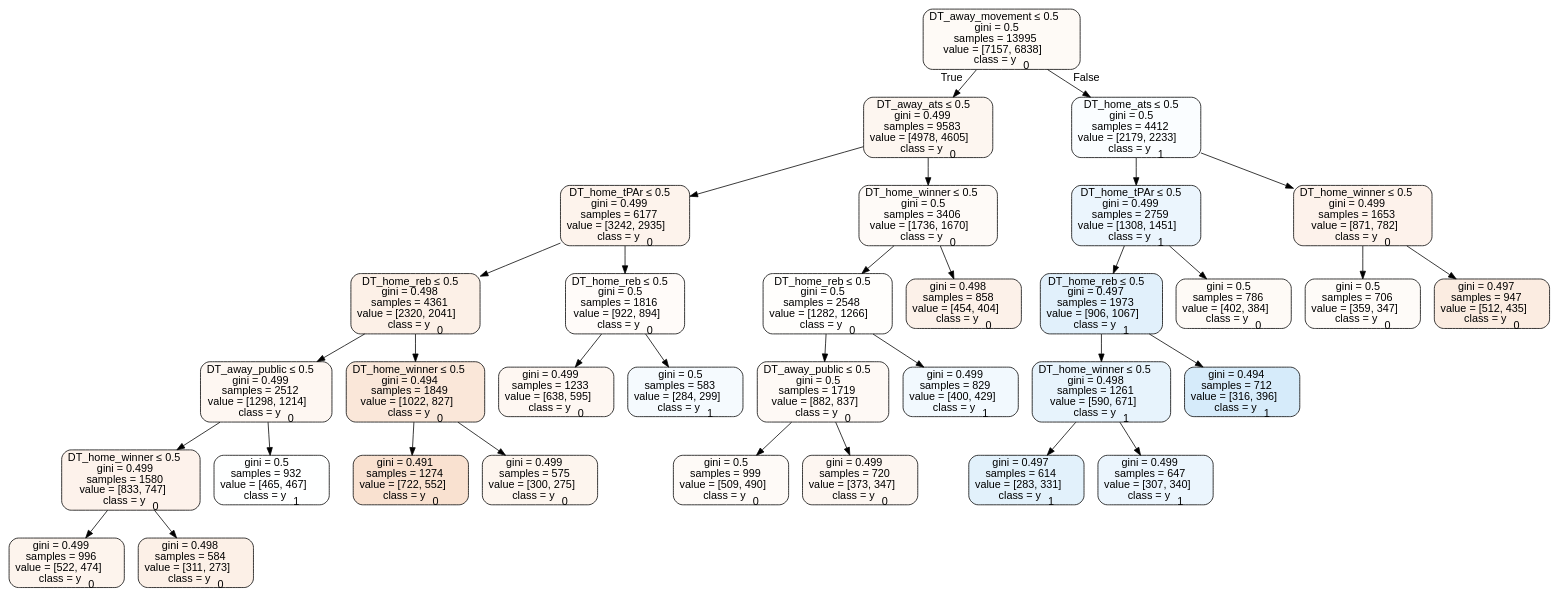
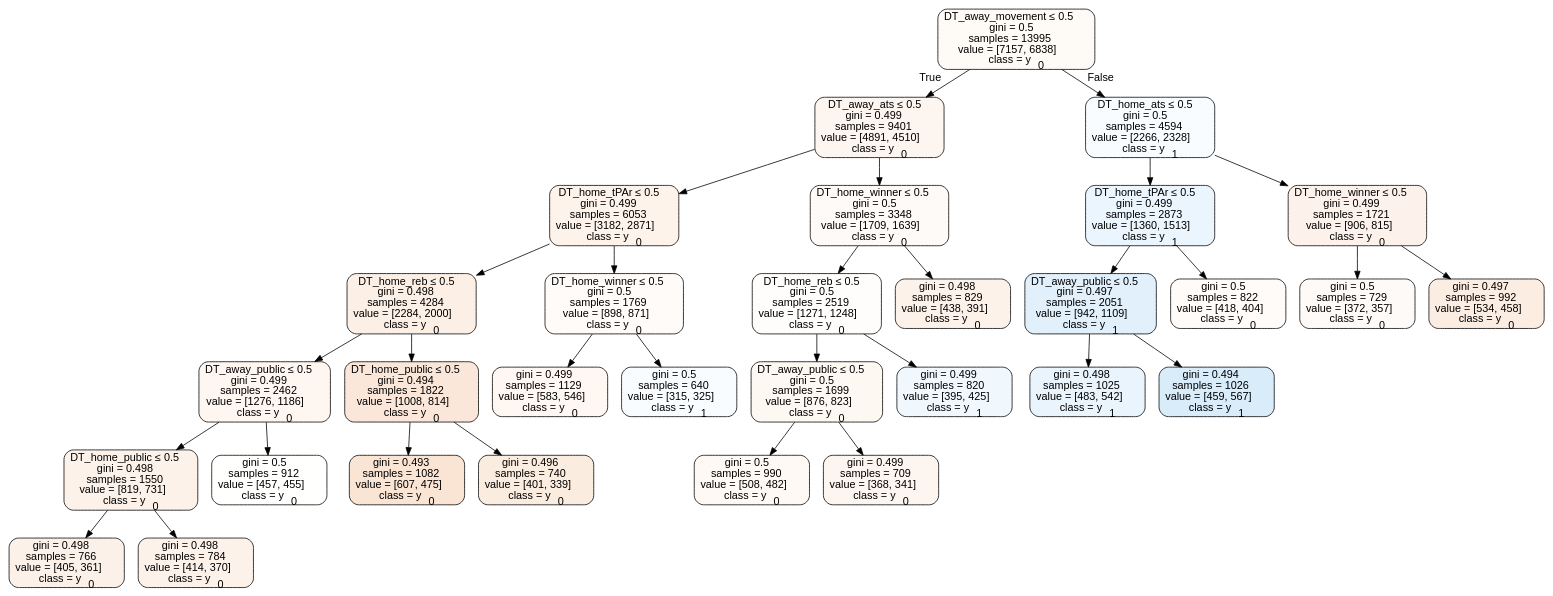
Before and after one commit to usbogie/ncaa-bets: the diagram in Basketball/data/trees/tree2016home.dot, drawn with Graphviz. The commit also changed 23 other files, not shown here.

```diff
--- a/Basketball/data/trees/tree2016home.dot
+++ b/Basketball/data/trees/tree2016home.dot
@@ -1,69 +1,65 @@
 digraph Tree {
 node [shape=box, style="filled, rounded", color="black", fontname=helvetica] ;
 edge [fontname=helvetica] ;
 0 [label=<DT_away_movement &le; 0.5<br/>gini = 0.5<br/>samples = 13995<br/>value = [7157, 6838]<br/>class = y<SUB>0</SUB>>, fillcolor="#e581390b"] ;
-1 [label=<DT_away_ats &le; 0.5<br/>gini = 0.499<br/>samples = 9583<br/>value = [4978, 4605]<br/>class = y<SUB>0</SUB>>, fillcolor="#e5813913"] ;
+1 [label=<DT_away_ats &le; 0.5<br/>gini = 0.499<br/>samples = 9401<br/>value = [4891, 4510]<br/>class = y<SUB>0</SUB>>, fillcolor="#e5813914"] ;
 0 -> 1 [labeldistance=2.5, labelangle=45, headlabel="True"] ;
-2 [label=<DT_home_tPAr &le; 0.5<br/>gini = 0.499<br/>samples = 6177<br/>value = [3242, 2935]<br/>class = y<SUB>0</SUB>>, fillcolor="#e5813918"] ;
+2 [label=<DT_home_tPAr &le; 0.5<br/>gini = 0.499<br/>samples = 6053<br/>value = [3182, 2871]<br/>class = y<SUB>0</SUB>>, fillcolor="#e5813919"] ;
 1 -> 2 ;
-3 [label=<DT_home_reb &le; 0.5<br/>gini = 0.498<br/>samples = 4361<br/>value = [2320, 2041]<br/>class = y<SUB>0</SUB>>, fillcolor="#e581391f"] ;
+3 [label=<DT_home_reb &le; 0.5<br/>gini = 0.498<br/>samples = 4284<br/>value = [2284, 2000]<br/>class = y<SUB>0</SUB>>, fillcolor="#e5813920"] ;
 2 -> 3 ;
-4 [label=<DT_away_public &le; 0.5<br/>gini = 0.499<br/>samples = 2512<br/>value = [1298, 1214]<br/>class = y<SUB>0</SUB>>, fillcolor="#e5813911"] ;
+4 [label=<DT_away_public &le; 0.5<br/>gini = 0.499<br/>samples = 2462<br/>value = [1276, 1186]<br/>class = y<SUB>0</SUB>>, fillcolor="#e5813912"] ;
 3 -> 4 ;
-5 [label=<DT_home_winner &le; 0.5<br/>gini = 0.499<br/>samples = 1580<br/>value = [833, 747]<br/>class = y<SUB>0</SUB>>, fillcolor="#e581391a"] ;
+5 [label=<DT_home_public &le; 0.5<br/>gini = 0.498<br/>samples = 1550<br/>value = [819, 731]<br/>class = y<SUB>0</SUB>>, fillcolor="#e581391b"] ;
 4 -> 5 ;
-6 [label=<gini = 0.499<br/>samples = 996<br/>value = [522, 474]<br/>class = y<SUB>0</SUB>>, fillcolor="#e5813917"] ;
+6 [label=<gini = 0.498<br/>samples = 766<br/>value = [405, 361]<br/>class = y<SUB>0</SUB>>, fillcolor="#e581391c"] ;
 5 -> 6 ;
-7 [label=<gini = 0.498<br/>samples = 584<br/>value = [311, 273]<br/>class = y<SUB>0</SUB>>, fillcolor="#e581391f"] ;
+7 [label=<gini = 0.498<br/>samples = 784<br/>value = [414, 370]<br/>class = y<SUB>0</SUB>>, fillcolor="#e581391b"] ;
 5 -> 7 ;
-8 [label=<gini = 0.5<br/>samples = 932<br/>value = [465, 467]<br/>class = y<SUB>1</SUB>>, fillcolor="#399de501"] ;
+8 [label=<gini = 0.5<br/>samples = 912<br/>value = [457, 455]<br/>class = y<SUB>0</SUB>>, fillcolor="#e5813901"] ;
 4 -> 8 ;
-9 [label=<DT_home_winner &le; 0.5<br/>gini = 0.494<br/>samples = 1849<br/>value = [1022, 827]<br/>class = y<SUB>0</SUB>>, fillcolor="#e5813931"] ;
+9 [label=<DT_home_public &le; 0.5<br/>gini = 0.494<br/>samples = 1822<br/>value = [1008, 814]<br/>class = y<SUB>0</SUB>>, fillcolor="#e5813931"] ;
 3 -> 9 ;
-10 [label=<gini = 0.491<br/>samples = 1274<br/>value = [722, 552]<br/>class = y<SUB>0</SUB>>, fillcolor="#e581393c"] ;
+10 [label=<gini = 0.493<br/>samples = 1082<br/>value = [607, 475]<br/>class = y<SUB>0</SUB>>, fillcolor="#e5813937"] ;
 9 -> 10 ;
-11 [label=<gini = 0.499<br/>samples = 575<br/>value = [300, 275]<br/>class = y<SUB>0</SUB>>, fillcolor="#e5813915"] ;
+11 [label=<gini = 0.496<br/>samples = 740<br/>value = [401, 339]<br/>class = y<SUB>0</SUB>>, fillcolor="#e5813927"] ;
 9 -> 11 ;
-12 [label=<DT_home_reb &le; 0.5<br/>gini = 0.5<br/>samples = 1816<br/>value = [922, 894]<br/>class = y<SUB>0</SUB>>, fillcolor="#e5813908"] ;
+12 [label=<DT_home_winner &le; 0.5<br/>gini = 0.5<br/>samples = 1769<br/>value = [898, 871]<br/>class = y<SUB>0</SUB>>, fillcolor="#e5813908"] ;
 2 -> 12 ;
-13 [label=<gini = 0.499<br/>samples = 1233<br/>value = [638, 595]<br/>class = y<SUB>0</SUB>>, fillcolor="#e5813911"] ;
+13 [label=<gini = 0.499<br/>samples = 1129<br/>value = [583, 546]<br/>class = y<SUB>0</SUB>>, fillcolor="#e5813910"] ;
 12 -> 13 ;
-14 [label=<gini = 0.5<br/>samples = 583<br/>value = [284, 299]<br/>class = y<SUB>1</SUB>>, fillcolor="#399de50d"] ;
+14 [label=<gini = 0.5<br/>samples = 640<br/>value = [315, 325]<br/>class = y<SUB>1</SUB>>, fillcolor="#399de508"] ;
 12 -> 14 ;
-15 [label=<DT_home_winner &le; 0.5<br/>gini = 0.5<br/>samples = 3406<br/>value = [1736, 1670]<br/>class = y<SUB>0</SUB>>, fillcolor="#e581390a"] ;
+15 [label=<DT_home_winner &le; 0.5<br/>gini = 0.5<br/>samples = 3348<br/>value = [1709, 1639]<br/>class = y<SUB>0</SUB>>, fillcolor="#e581390a"] ;
 1 -> 15 ;
-16 [label=<DT_home_reb &le; 0.5<br/>gini = 0.5<br/>samples = 2548<br/>value = [1282, 1266]<br/>class = y<SUB>0</SUB>>, fillcolor="#e5813903"] ;
+16 [label=<DT_home_reb &le; 0.5<br/>gini = 0.5<br/>samples = 2519<br/>value = [1271, 1248]<br/>class = y<SUB>0</SUB>>, fillcolor="#e5813905"] ;
 15 -> 16 ;
-17 [label=<DT_away_public &le; 0.5<br/>gini = 0.5<br/>samples = 1719<br/>value = [882, 837]<br/>class = y<SUB>0</SUB>>, fillcolor="#e581390d"] ;
+17 [label=<DT_away_public &le; 0.5<br/>gini = 0.5<br/>samples = 1699<br/>value = [876, 823]<br/>class = y<SUB>0</SUB>>, fillcolor="#e581390f"] ;
 16 -> 17 ;
-18 [label=<gini = 0.5<br/>samples = 999<br/>value = [509, 490]<br/>class = y<SUB>0</SUB>>, fillcolor="#e581390a"] ;
+18 [label=<gini = 0.5<br/>samples = 990<br/>value = [508, 482]<br/>class = y<SUB>0</SUB>>, fillcolor="#e581390d"] ;
 17 -> 18 ;
-19 [label=<gini = 0.499<br/>samples = 720<br/>value = [373, 347]<br/>class = y<SUB>0</SUB>>, fillcolor="#e5813912"] ;
+19 [label=<gini = 0.499<br/>samples = 709<br/>value = [368, 341]<br/>class = y<SUB>0</SUB>>, fillcolor="#e5813913"] ;
 17 -> 19 ;
-20 [label=<gini = 0.499<br/>samples = 829<br/>value = [400, 429]<br/>class = y<SUB>1</SUB>>, fillcolor="#399de511"] ;
+20 [label=<gini = 0.499<br/>samples = 820<br/>value = [395, 425]<br/>class = y<SUB>1</SUB>>, fillcolor="#399de512"] ;
 16 -> 20 ;
-21 [label=<gini = 0.498<br/>samples = 858<br/>value = [454, 404]<br/>class = y<SUB>0</SUB>>, fillcolor="#e581391c"] ;
+21 [label=<gini = 0.498<br/>samples = 829<br/>value = [438, 391]<br/>class = y<SUB>0</SUB>>, fillcolor="#e581391b"] ;
 15 -> 21 ;
-22 [label=<DT_home_ats &le; 0.5<br/>gini = 0.5<br/>samples = 4412<br/>value = [2179, 2233]<br/>class = y<SUB>1</SUB>>, fillcolor="#399de506"] ;
+22 [label=<DT_home_ats &le; 0.5<br/>gini = 0.5<br/>samples = 4594<br/>value = [2266, 2328]<br/>class = y<SUB>1</SUB>>, fillcolor="#399de507"] ;
 0 -> 22 [labeldistance=2.5, labelangle=-45, headlabel="False"] ;
-23 [label=<DT_home_tPAr &le; 0.5<br/>gini = 0.499<br/>samples = 2759<br/>value = [1308, 1451]<br/>class = y<SUB>1</SUB>>, fillcolor="#399de519"] ;
+23 [label=<DT_home_tPAr &le; 0.5<br/>gini = 0.499<br/>samples = 2873<br/>value = [1360, 1513]<br/>class = y<SUB>1</SUB>>, fillcolor="#399de51a"] ;
 22 -> 23 ;
-24 [label=<DT_home_reb &le; 0.5<br/>gini = 0.497<br/>samples = 1973<br/>value = [906, 1067]<br/>class = y<SUB>1</SUB>>, fillcolor="#399de526"] ;
+24 [label=<DT_away_public &le; 0.5<br/>gini = 0.497<br/>samples = 2051<br/>value = [942, 1109]<br/>class = y<SUB>1</SUB>>, fillcolor="#399de526"] ;
 23 -> 24 ;
-25 [label=<DT_home_winner &le; 0.5<br/>gini = 0.498<br/>samples = 1261<br/>value = [590, 671]<br/>class = y<SUB>1</SUB>>, fillcolor="#399de51f"] ;
+25 [label=<gini = 0.498<br/>samples = 1025<br/>value = [483, 542]<br/>class = y<SUB>1</SUB>>, fillcolor="#399de51c"] ;
 24 -> 25 ;
-26 [label=<gini = 0.497<br/>samples = 614<br/>value = [283, 331]<br/>class = y<SUB>1</SUB>>, fillcolor="#399de525"] ;
-25 -> 26 ;
-27 [label=<gini = 0.499<br/>samples = 647<br/>value = [307, 340]<br/>class = y<SUB>1</SUB>>, fillcolor="#399de519"] ;
-25 -> 27 ;
-28 [label=<gini = 0.494<br/>samples = 712<br/>value = [316, 396]<br/>class = y<SUB>1</SUB>>, fillcolor="#399de534"] ;
-24 -> 28 ;
-29 [label=<gini = 0.5<br/>samples = 786<br/>value = [402, 384]<br/>class = y<SUB>0</SUB>>, fillcolor="#e581390b"] ;
-23 -> 29 ;
-30 [label=<DT_home_winner &le; 0.5<br/>gini = 0.499<br/>samples = 1653<br/>value = [871, 782]<br/>class = y<SUB>0</SUB>>, fillcolor="#e581391a"] ;
-22 -> 30 ;
-31 [label=<gini = 0.5<br/>samples = 706<br/>value = [359, 347]<br/>class = y<SUB>0</SUB>>, fillcolor="#e5813909"] ;
-30 -> 31 ;
-32 [label=<gini = 0.497<br/>samples = 947<br/>value = [512, 435]<br/>class = y<SUB>0</SUB>>, fillcolor="#e5813926"] ;
-30 -> 32 ;
+26 [label=<gini = 0.494<br/>samples = 1026<br/>value = [459, 567]<br/>class = y<SUB>1</SUB>>, fillcolor="#399de531"] ;
+24 -> 26 ;
+27 [label=<gini = 0.5<br/>samples = 822<br/>value = [418, 404]<br/>class = y<SUB>0</SUB>>, fillcolor="#e5813909"] ;
+23 -> 27 ;
+28 [label=<DT_home_winner &le; 0.5<br/>gini = 0.499<br/>samples = 1721<br/>value = [906, 815]<br/>class = y<SUB>0</SUB>>, fillcolor="#e581391a"] ;
+22 -> 28 ;
+29 [label=<gini = 0.5<br/>samples = 729<br/>value = [372, 357]<br/>class = y<SUB>0</SUB>>, fillcolor="#e581390a"] ;
+28 -> 29 ;
+30 [label=<gini = 0.497<br/>samples = 992<br/>value = [534, 458]<br/>class = y<SUB>0</SUB>>, fillcolor="#e5813924"] ;
+28 -> 30 ;
 }
```
